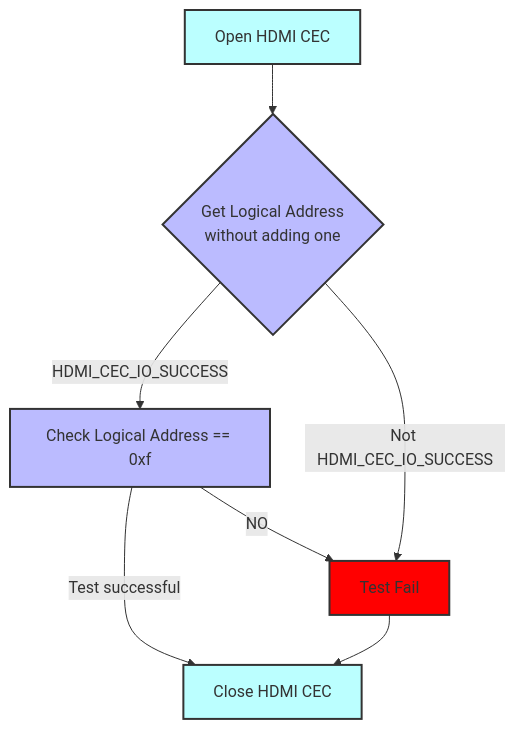
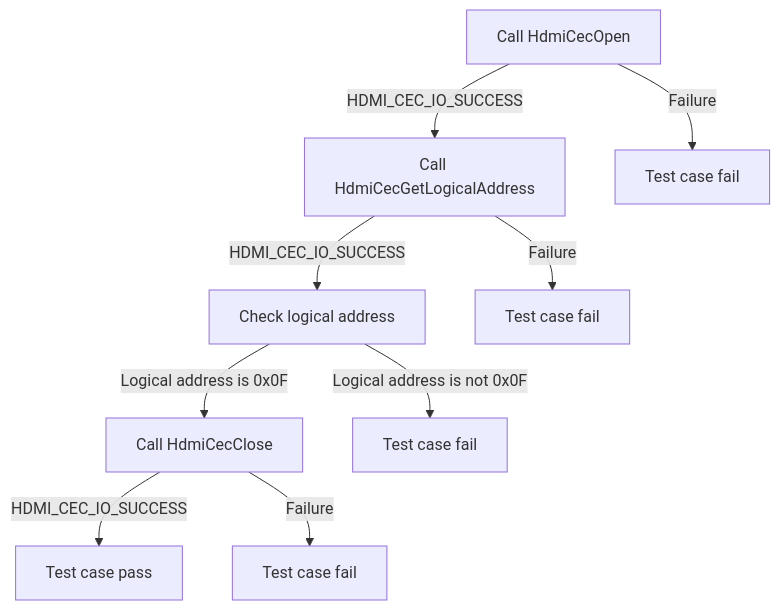
The first of 6 diagrams in docs/pages/hdmi-cec-sink_L2_Low-Level_TestSpec.md (rdkcentral/rdk-halif-test-hdmi_cec), drawn with Mermaid before and after one commit. The commit also changed other lines of this file, not shown here.

First line of the commit message:
gh #24 Update hdmi-cec-sink_L2_Low-Level_TestSpec.md

````diff
--- a/docs/pages/hdmi-cec-sink_L2_Low-Level_TestSpec.md
+++ b/docs/pages/hdmi-cec-sink_L2_Low-Level_TestSpec.md
@@ -66,15 +66,11 @@
 ```mermaid
-graph TD
-    style A fill:#bff,stroke:#333,stroke-width:2px
-    style B fill:#bbf,stroke:#333,stroke-width:2px
-    style C fill:#bbf,stroke:#333,stroke-width:2px
-    style D fill:#bff,stroke:#333,stroke-width:2px
-	  style E fill:#f00,stroke:#333,stroke-width:2px
-
-    A[Open HDMI CEC] --> B{Get Logical Address \n without adding one}
-    B -->|HDMI_CEC_IO_SUCCESS| C[Check Logical Address == 0xf]
-    C -->|Test successful| D[Close HDMI CEC]
-    B -->|Not HDMI_CEC_IO_SUCCESS| E[Test Fail]
-    C -->|NO| E
-    E --> D
+graph TB
+A[Call HdmiCecOpen] -->|HDMI_CEC_IO_SUCCESS| B[Call HdmiCecGetLogicalAddress]
+A -->|Failure| A1[Test case fail]
+B -->|HDMI_CEC_IO_SUCCESS| C[Check logical address]
+B -->|Failure| B1[Test case fail]
+C -->|Logical address is 0x0F| D[Call HdmiCecClose]
+C -->|Logical address is not 0x0F| C1[Test case fail]
+D -->|HDMI_CEC_IO_SUCCESS| E[Test case pass]
+D -->|Failure| D1[Test case fail]
 ```
````
